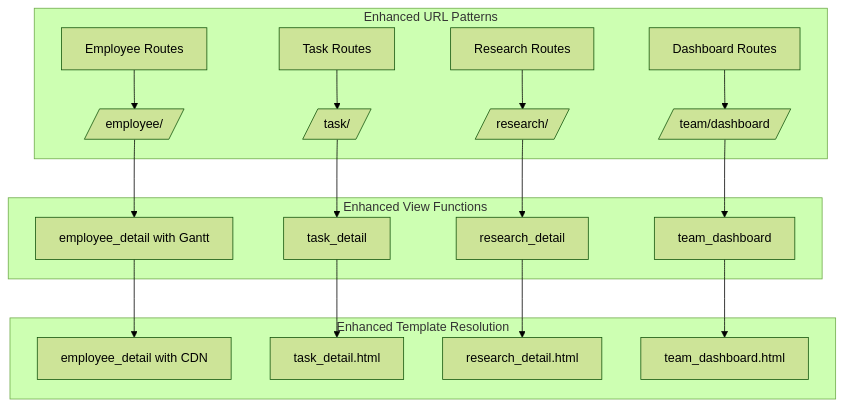
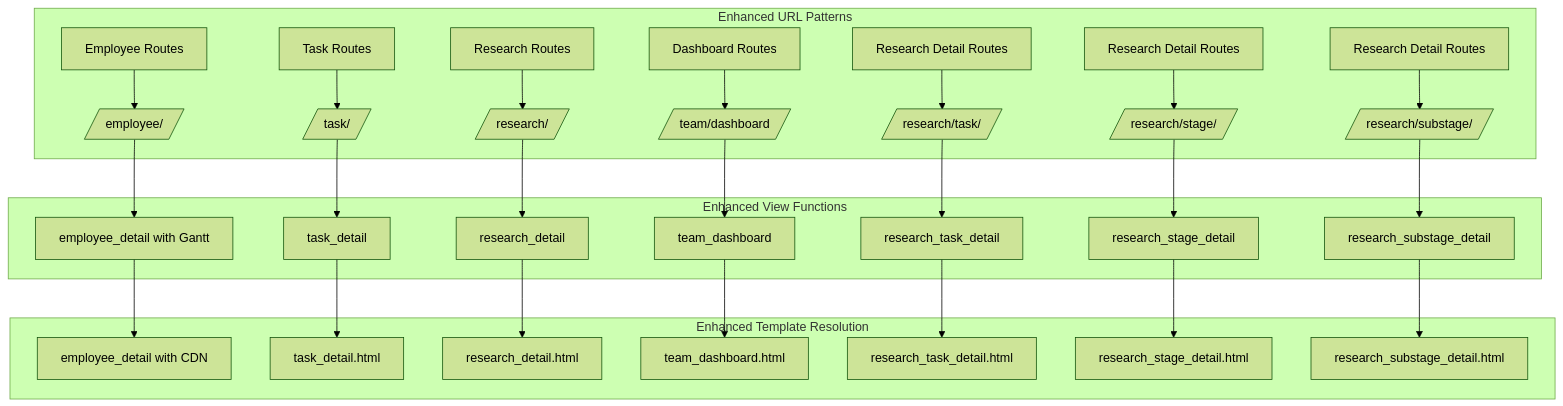
The ninth of 10 diagrams in .qoder/repowiki/en/content/User Interface and Templates/Gantt Chart Visualization System.md (Pavel9474/task_manager), drawn with Mermaid (forest theme) before and after one commit. The commit also changed other lines of this file and 7 other files, not shown here.

Commit message:
ALL gantt work code simplifid

````diff
--- a/.qoder/repowiki/en/content/User Interface and Templates/Gantt Chart Visualization System.md
+++ b/.qoder/repowiki/en/content/User Interface and Templates/Gantt Chart Visualization System.md
@@ -372,21 +446,30 @@
 ```mermaid
 graph TB
 subgraph "Enhanced URL Patterns"
 A[Employee Routes] --> B[/employee/<int:employee_id>/]
 C[Task Routes] --> D[/task/<int:task_id>/]
 E[Research Routes] --> F[/research/<int:task_id>/]
 G[Dashboard Routes] --> H[/team/dashboard/]
+I[Research Detail Routes] --> J[/research/task/<int:task_id>/]
+K[Research Detail Routes] --> L[/research/stage/<int:stage_id>/]
+M[Research Detail Routes] --> N[/research/substage/<int:substage_id>/]
 end
 subgraph "Enhanced View Functions"
-B --> I[employee_detail with Gantt]
-D --> J[task_detail]
-F --> K[research_detail]
-H --> L[team_dashboard]
+B --> O[employee_detail with Gantt]
+D --> P[task_detail]
+F --> Q[research_detail]
+H --> R[team_dashboard]
+J --> S[research_task_detail]
+L --> T[research_stage_detail]
+N --> U[research_substage_detail]
 end
 subgraph "Enhanced Template Resolution"
-I --> M[employee_detail with CDN]
-J --> N[task_detail.html]
-K --> O[research_detail.html]
-L --> P[team_dashboard.html]
+O --> V[employee_detail with CDN]
+P --> W[task_detail.html]
+Q --> X[research_detail.html]
+R --> Y[team_dashboard.html]
+S --> Z[research_task_detail.html]
+T --> AA[research_stage_detail.html]
+U --> AB[research_substage_detail.html]
 end
 ```
````
